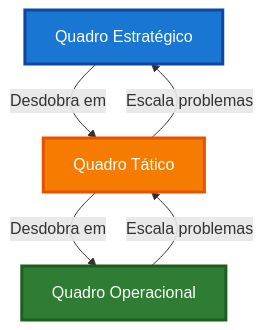
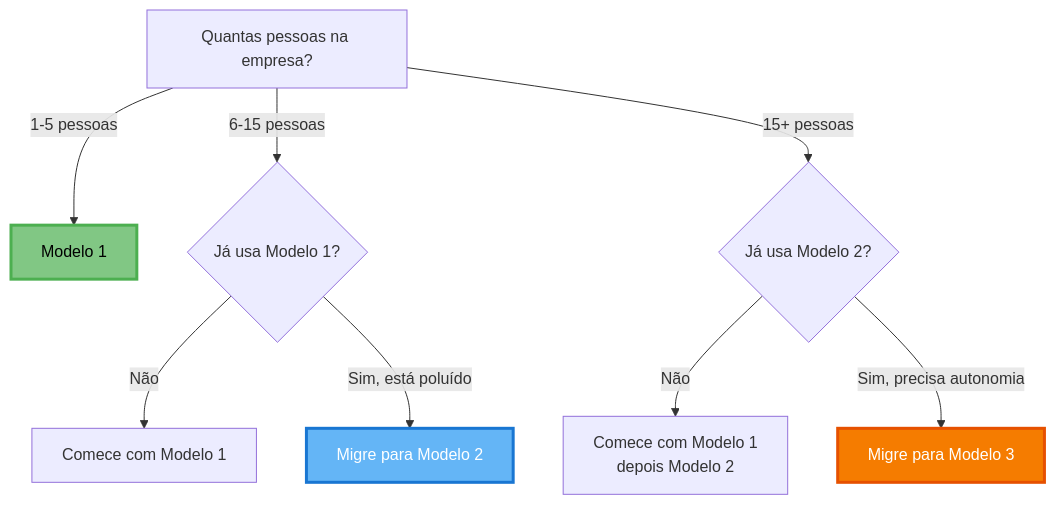
The diagram in docs/quadro.md (skatesham/handbook-ser-empreendedor), drawn with Mermaid before and after one commit. The commit also changed other lines of this file and 4 other files, not shown here.

````diff
--- a/docs/quadro.md
+++ b/docs/quadro.md
@@ -289,11 +224,17 @@
 ```mermaid
-graph TB
-    A[Quadro Estratégico] -->|Desdobra em| B[Quadro Tático]
-    B -->|Desdobra em| C[Quadro Operacional]
-    C -->|Escala problemas| B
-    B -->|Escala problemas| A
+graph TD
+    A[Quantas pessoas na empresa?]
+    A -->|1-5 pessoas| B[Modelo 1]
+    A -->|6-15 pessoas| C{Já usa Modelo 1?}
+    A -->|15+ pessoas| D{Já usa Modelo 2?}
     
-    style A fill:#1976d2,stroke:#0d47a1,stroke-width:3px,color:#fff
-    style B fill:#f57c00,stroke:#e65100,stroke-width:3px,color:#fff
-    style C fill:#2e7d32,stroke:#1b5e20,stroke-width:3px,color:#fff
+    C -->|Não| E[Comece com Modelo 1]
+    C -->|Sim, está poluído| F[Migre para Modelo 2]
+    
+    D -->|Não| G[Comece com Modelo 1<br/>depois Modelo 2]
+    D -->|Sim, precisa autonomia| H[Migre para Modelo 3]
+    
+    style B fill:#81c784,stroke:#4caf50,stroke-width:3px,color:#000
+    style F fill:#64b5f6,stroke:#1976d2,stroke-width:3px,color:#fff
+    style H fill:#f57c00,stroke:#e65100,stroke-width:3px,color:#fff
 ```
````
